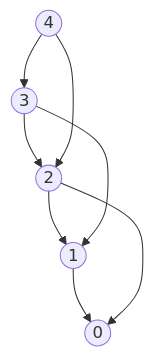
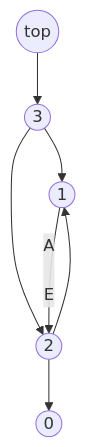
One commit to lijqhs/leetcode changed the first of 3 diagrams in notes/readme.md. Above: the diagram before and after it, drawn with Mermaid. The commit also changed other lines of this file, not shown here.

````diff
--- a/notes/readme.md
+++ b/notes/readme.md
@@ -871,19 +871,19 @@
 ```mermaid
 graph TB
 
 A((0))
 B((1))
 C((2))
 D((3))
-E((4))
+E((top))
 
 E-->D
 D-->C
 C-->B
-B-->A
+B--A
 
 E-->C
 D-->B
 C-->A
 
 ```
````
